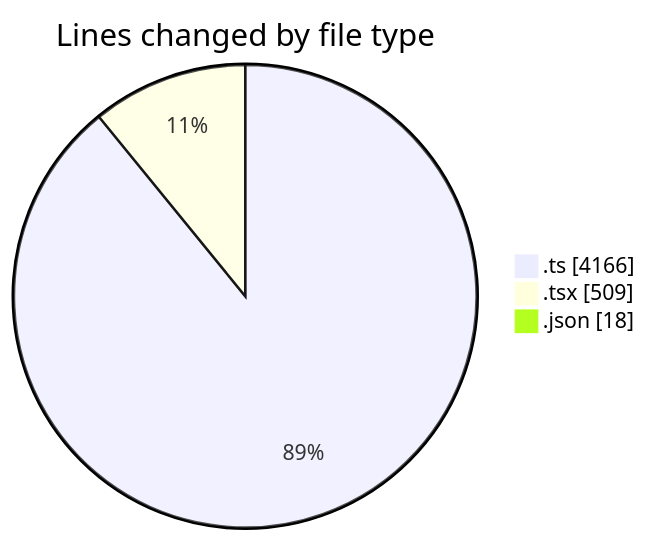
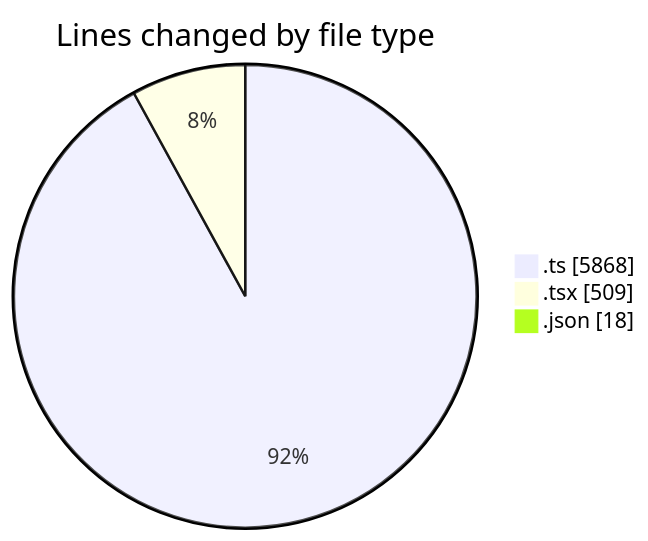
One commit to momahboobian/code-tracking changed the first of 2 diagrams in 2025-11-28/cda/README.md. Above: the diagram before and after it, drawn with Mermaid. The commit also changed other lines of this file and 1 other file, not shown here.

````diff
--- a/2025-11-28/cda/README.md
+++ b/2025-11-28/cda/README.md
@@ -25,7 +25,7 @@
 ```mermaid
 pie showData
 title Lines changed by file type
-".ts" : 4166
+".ts" : 5868
 ".tsx" : 509
 ".json" : 18
 ```
````
